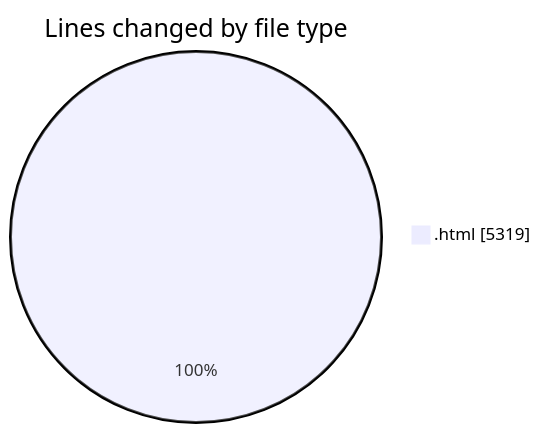
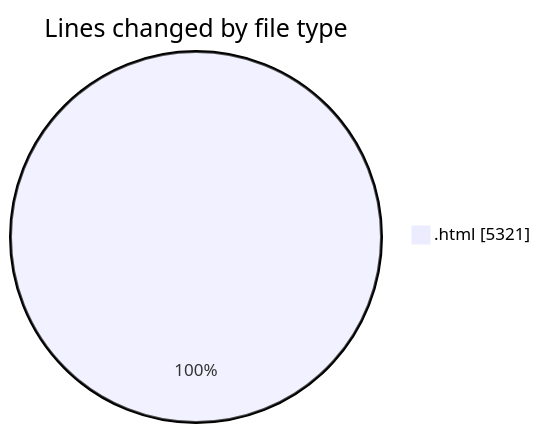
One commit to Ritupan-Deka/code-tracking changed the first of 2 diagrams in 2025-06-17/projects/README.md. Above: the diagram before and after it, drawn with Mermaid. The commit also changed other lines of this file and 1 other file, not shown here.

````diff
--- a/2025-06-17/projects/README.md
+++ b/2025-06-17/projects/README.md
@@ -21,5 +21,5 @@
 ```mermaid
 pie showData
 title Lines changed by file type
-".html" : 5319
+".html" : 5321
 ```
````
